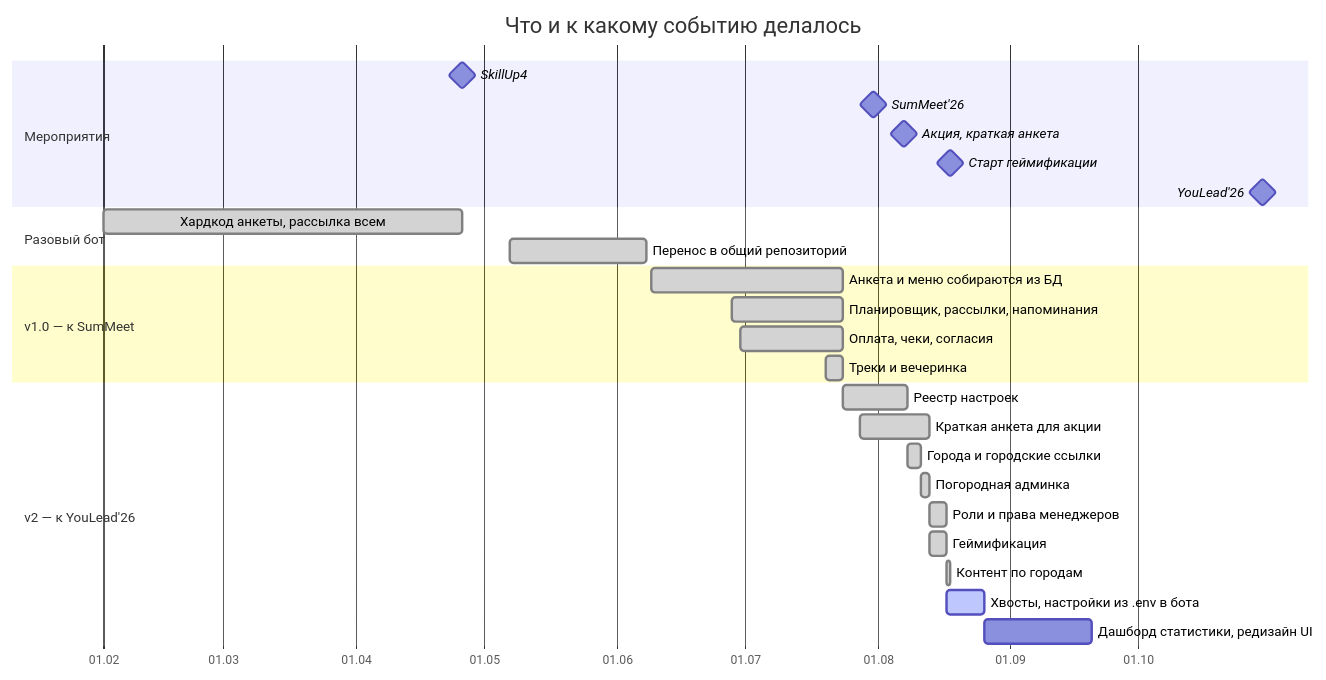
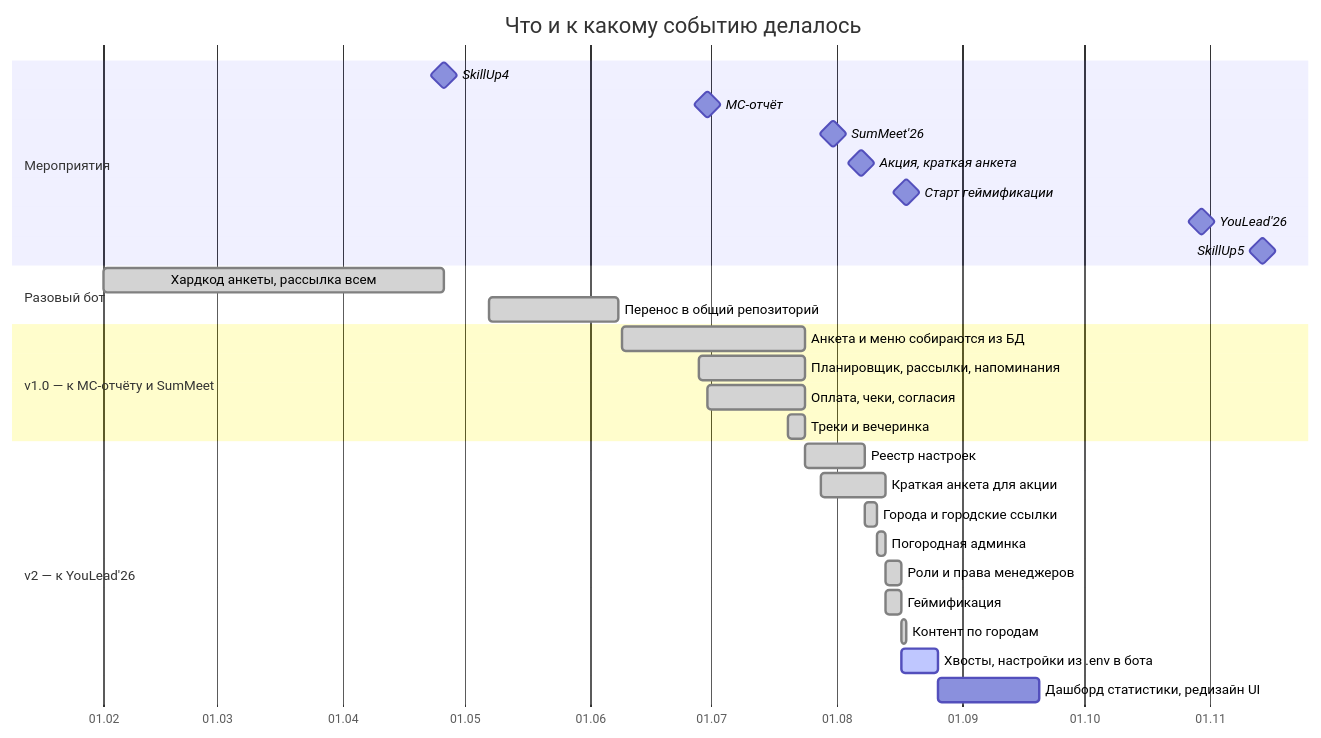
One commit to qleafye/AIESEC_event_bot changed the first of 3 diagrams in README.md. Above: the diagram before and after it, drawn with Mermaid. The commit also changed other lines of this file, not shown here.

First line of the commit message:
docs: события в истории README — МС-отчёт, SumMeet, SkillUp5

````diff
--- a/README.md
+++ b/README.md
@@ -62,34 +75,36 @@
 ```mermaid
 gantt
     title Что и к какому событию делалось
     dateFormat YYYY-MM-DD
     axisFormat %d.%m
 
     section Мероприятия
     SkillUp4                            :milestone, 2026-04-26, 0d
+    МС-отчёт                            :milestone, 2026-06-30, 0d
     SumMeet'26                          :milestone, 2026-07-31, 0d
     Акция, краткая анкета               :milestone, 2026-08-07, 0d
     Старт геймификации                  :milestone, 2026-08-18, 0d
     YouLead'26                          :milestone, 2026-10-30, 0d
+    SkillUp5                            :milestone, 2026-11-14, 0d
 
     section Разовый бот
     Хардкод анкеты, рассылка всем       :done, 2026-02-01, 2026-04-26
     Перенос в общий репозиторий         :done, 2026-05-07, 2026-06-08
 
-    section v1.0 — к SumMeet
+    section v1.0 — к МС-отчёту и SumMeet
     Анкета и меню собираются из БД      :done, 2026-06-09, 2026-07-24
     Планировщик, рассылки, напоминания  :done, 2026-06-28, 2026-07-24
     Оплата, чеки, согласия              :done, 2026-06-30, 2026-07-24
     Треки и вечеринка                   :done, 2026-07-20, 2026-07-24
 
     section v2 — к YouLead'26
     Реестр настроек                     :done, 2026-07-24, 2026-08-08
     Краткая анкета для акции            :done, 2026-07-28, 2026-08-13
     Города и городские ссылки           :done, 2026-08-08, 2026-08-11
     Погородная админка                  :done, 2026-08-11, 2026-08-13
     Роли и права менеджеров             :done, 2026-08-13, 2026-08-17
     Геймификация                        :done, 2026-08-13, 2026-08-17
     Контент по городам                  :done, 2026-08-17, 2026-08-18
     Хвосты, настройки из .env в бота    :active, 2026-08-17, 2026-08-26
     Дашборд статистики, редизайн UI     :2026-08-26, 2026-09-20
 ```
````
